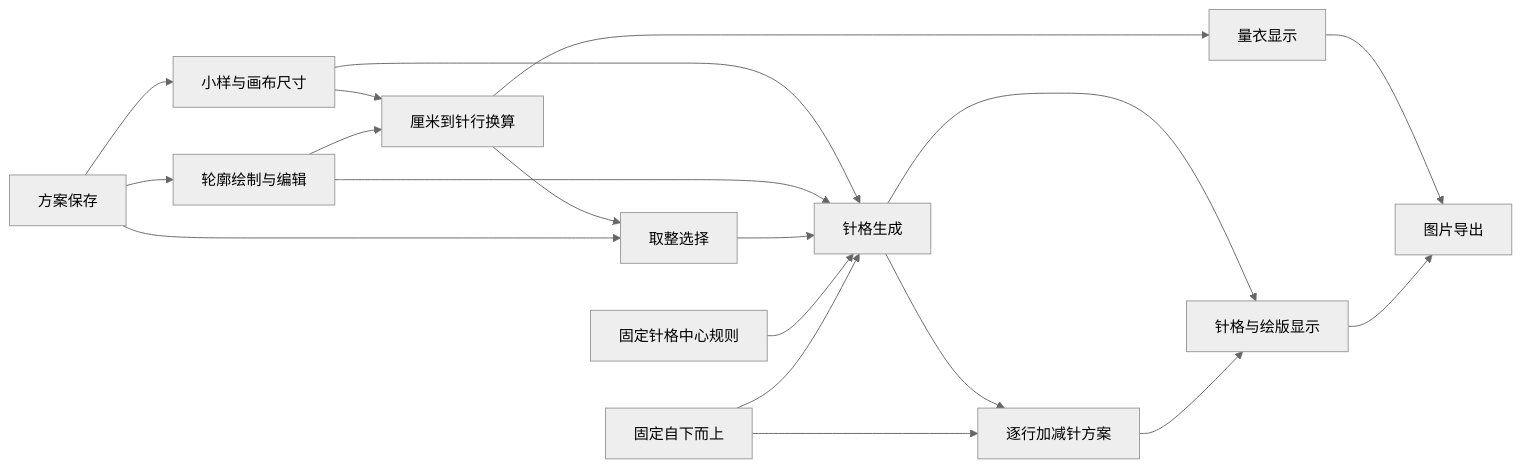
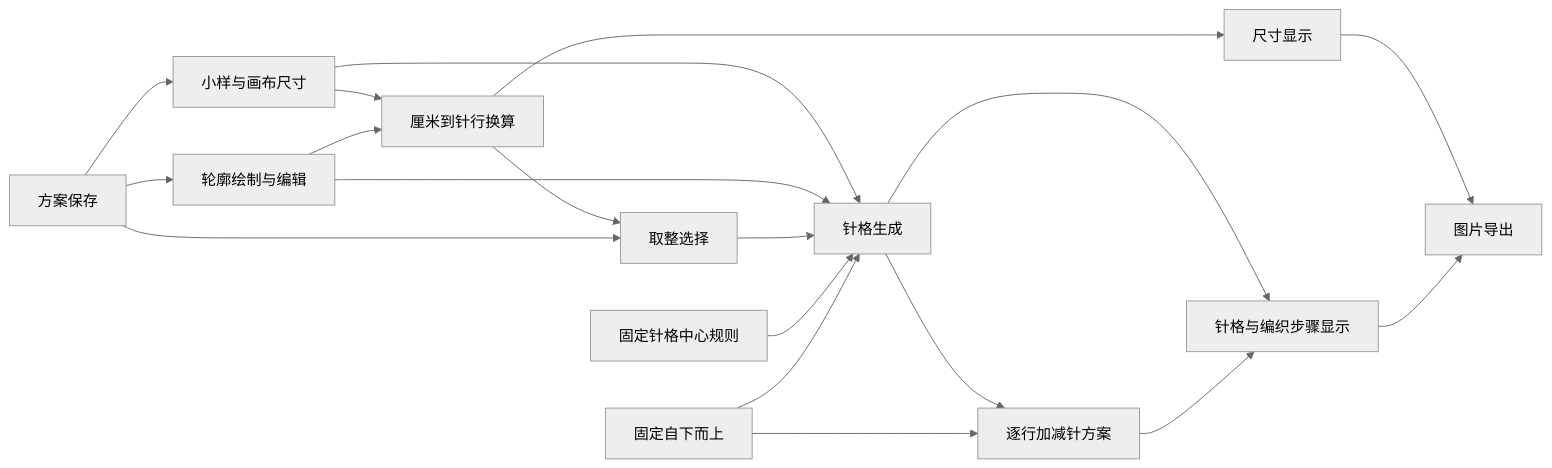
One commit to huiniu80/90423knit-tool-web changed the diagram in docs/产品总览.md. Above: the diagram before and after it, drawn with Mermaid (neutral theme). The commit also changed other lines of this file and 32 other files, not shown here.

Commit message:
实现手织针法与花样绘图及中文图例

````diff
--- a/docs/产品总览.md
+++ b/docs/产品总览.md
@@ -63,21 +65,21 @@
 ```mermaid
 flowchart LR
   A["小样与画布尺寸"] --> B["厘米到针行换算"]
   C["轮廓绘制与编辑"] --> B
   B --> D["取整选择"]
   A --> E["针格生成"]
   C --> E
   D --> E
   F["固定针格中心规则"] --> E
   E --> G["逐行加减针方案"]
   H["固定自下而上"] --> E
   H --> G
-  B --> I["量衣显示"]
-  E --> J["针格与绘版显示"]
+  B --> I["尺寸显示"]
+  E --> J["针格与编织步骤显示"]
   G --> J
   I --> K["图片导出"]
   J --> K
   L["方案保存"] --> A
   L --> C
   L --> D
 ```
````
